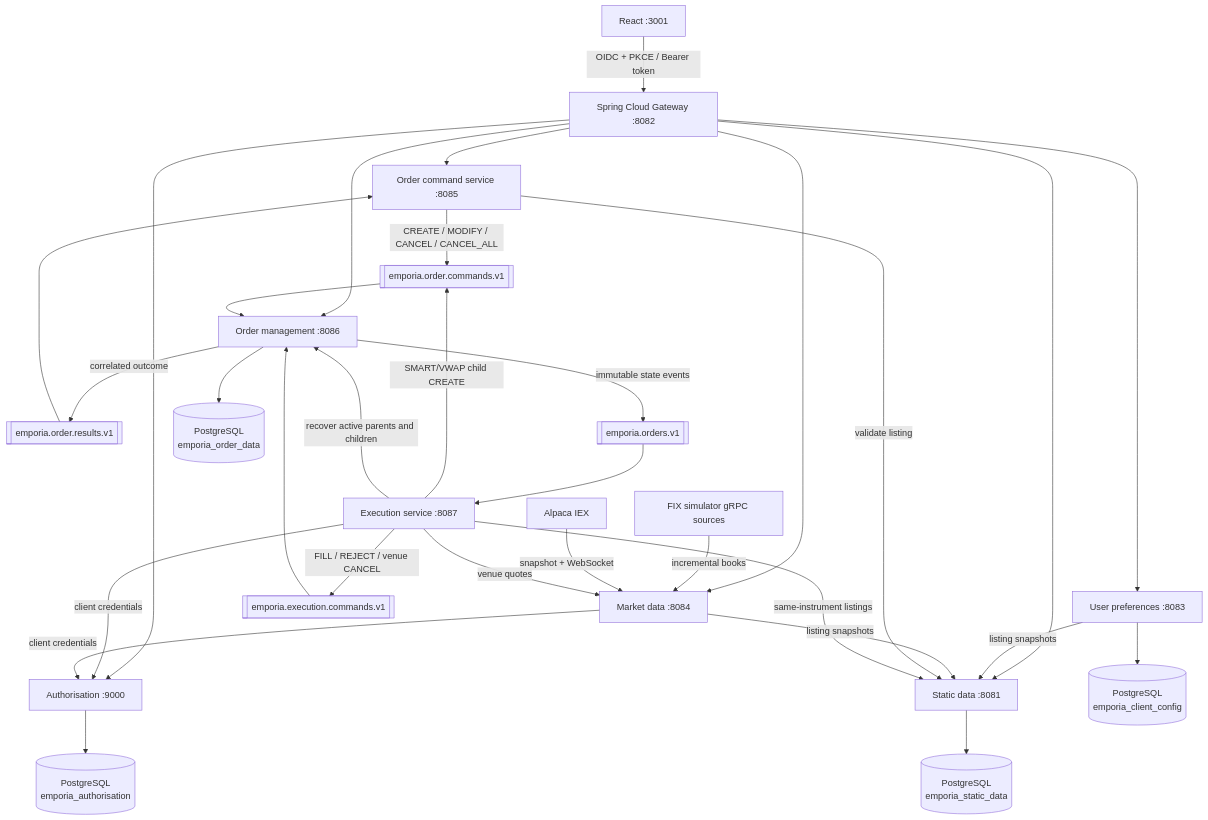
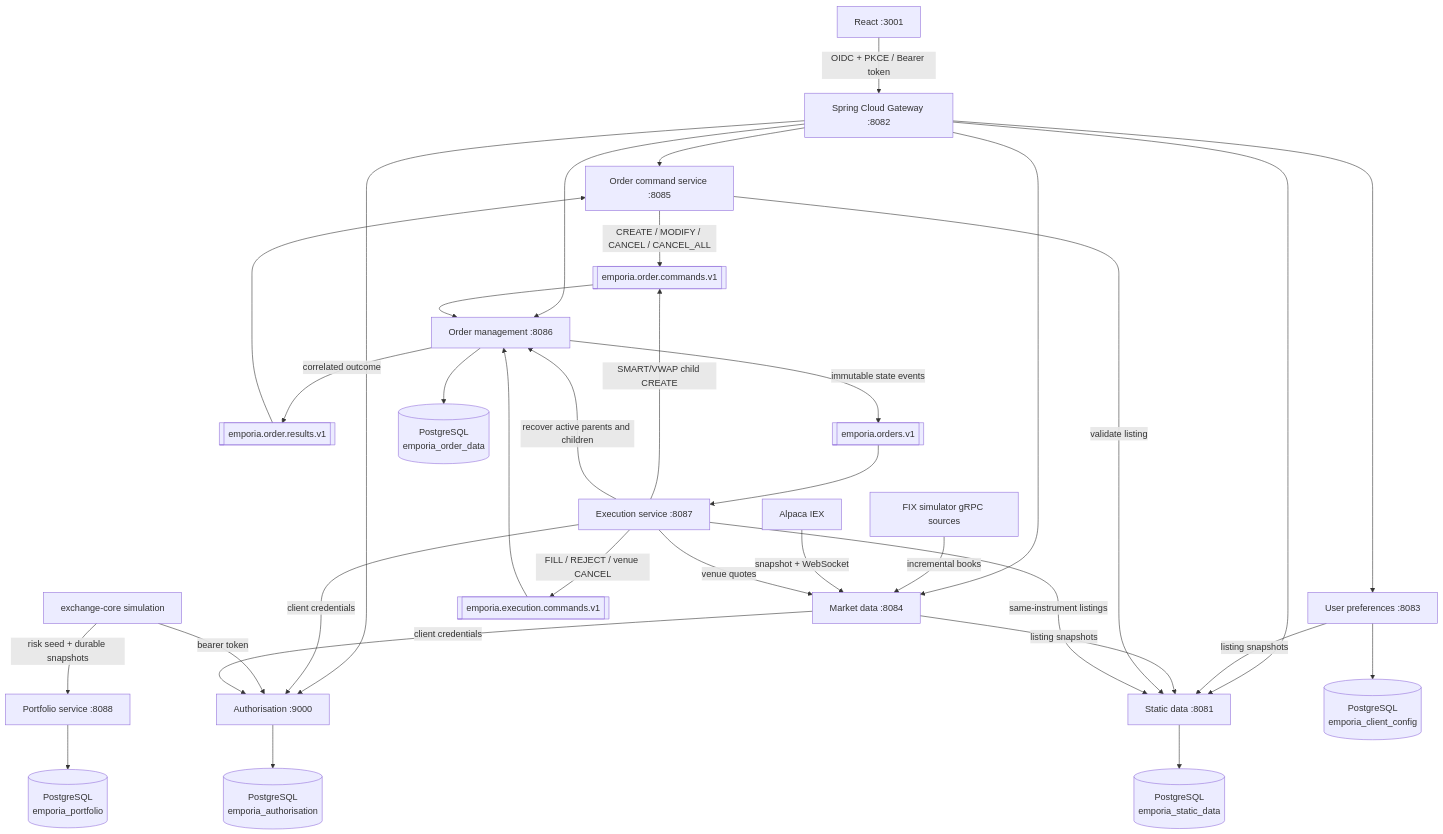
The diagram in README.md (nvxtien/emporia), drawn with Mermaid before and after one commit. The commit also changed other lines of this file and 26 other files, not shown here.

Commit message:
feat(execution): add exchange-core execution venue mode

````diff
--- a/README.md
+++ b/README.md
@@ -10,36 +10,39 @@
 ```mermaid
 flowchart TD
     Browser[React :3001] -->|OIDC + PKCE / Bearer token| Gateway[Spring Cloud Gateway :8082]
     Gateway --> Auth[Authorisation :9000]
     Gateway --> Static[Static data :8081]
     Gateway --> Preferences[User preferences :8083]
     Gateway --> Market[Market data :8084]
     Gateway --> OrderCommands[Order command service :8085]
     Gateway --> Orders[Order management :8086]
     Execution[Execution service :8087] -->|client credentials| Auth
+    ExchangeCore[exchange-core simulation] -->|risk seed + durable snapshots| Portfolio[Portfolio service :8088]
+    ExchangeCore -->|bearer token| Auth
 
     Preferences -->|listing snapshots| Static
     Market -->|listing snapshots| Static
     Market -->|client credentials| Auth
     Fix[FIX simulator gRPC sources] -->|incremental books| Market
     Alpaca[Alpaca IEX] -->|snapshot + WebSocket| Market
     OrderCommands -->|validate listing| Static
 
     OrderCommands -->|CREATE / MODIFY / CANCEL / CANCEL_ALL| Commands[[emporia.order.commands.v1]]
     Commands --> Orders
     Orders -->|correlated outcome| Results[[emporia.order.results.v1]]
     Results --> OrderCommands
     Orders -->|immutable state events| OrderLog[[emporia.orders.v1]]
     OrderLog --> Execution
     Execution -->|SMART/VWAP child CREATE| Commands
     Execution -->|FILL / REJECT / venue CANCEL| ExecutionCommands[[emporia.execution.commands.v1]]
     ExecutionCommands --> Orders
     Execution -->|recover active parents and children| Orders
     Execution -->|same-instrument listings| Static
     Execution -->|venue quotes| Market
 
     Auth --> AuthDb[(PostgreSQL\nemporia_authorisation)]
     Static --> StaticDb[(PostgreSQL\nemporia_static_data)]
     Preferences --> PreferencesDb[(PostgreSQL\nemporia_client_config)]
     Orders --> OrderDb[(PostgreSQL\nemporia_order_data)]
+    Portfolio --> PortfolioDb[(PostgreSQL\nemporia_portfolio)]
 ```
````
